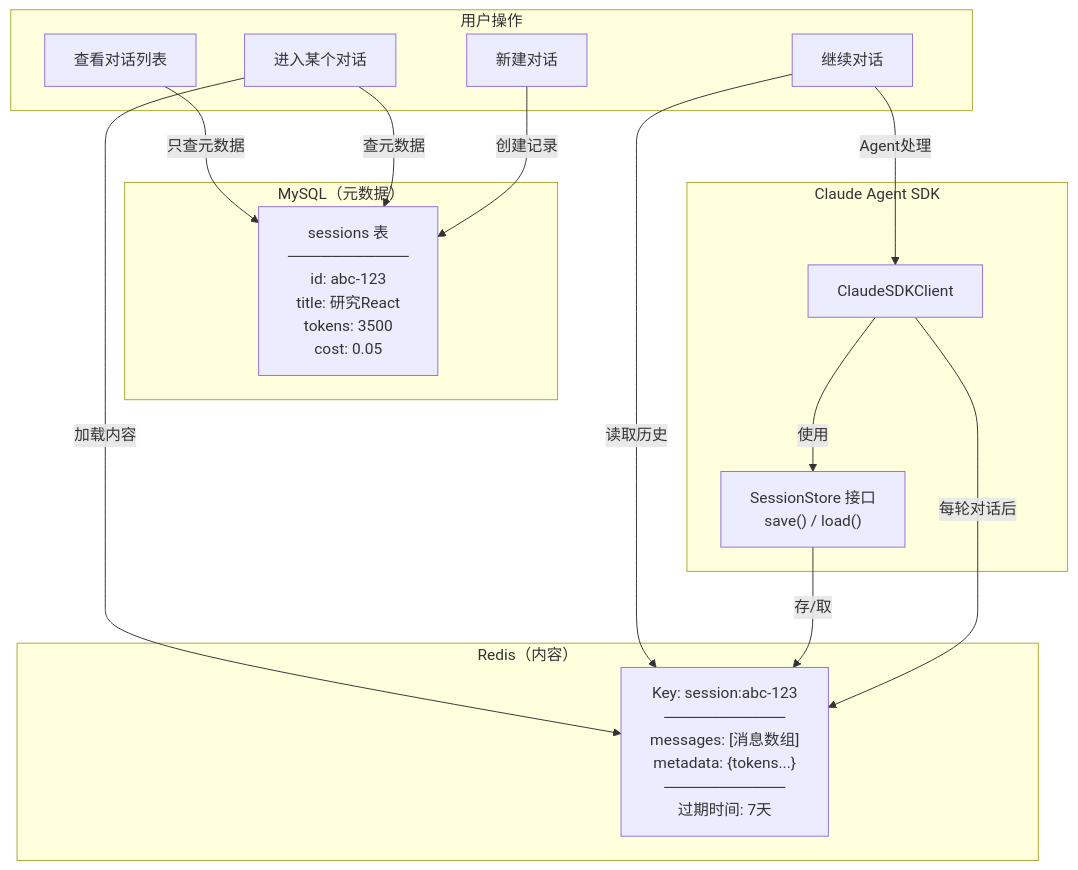
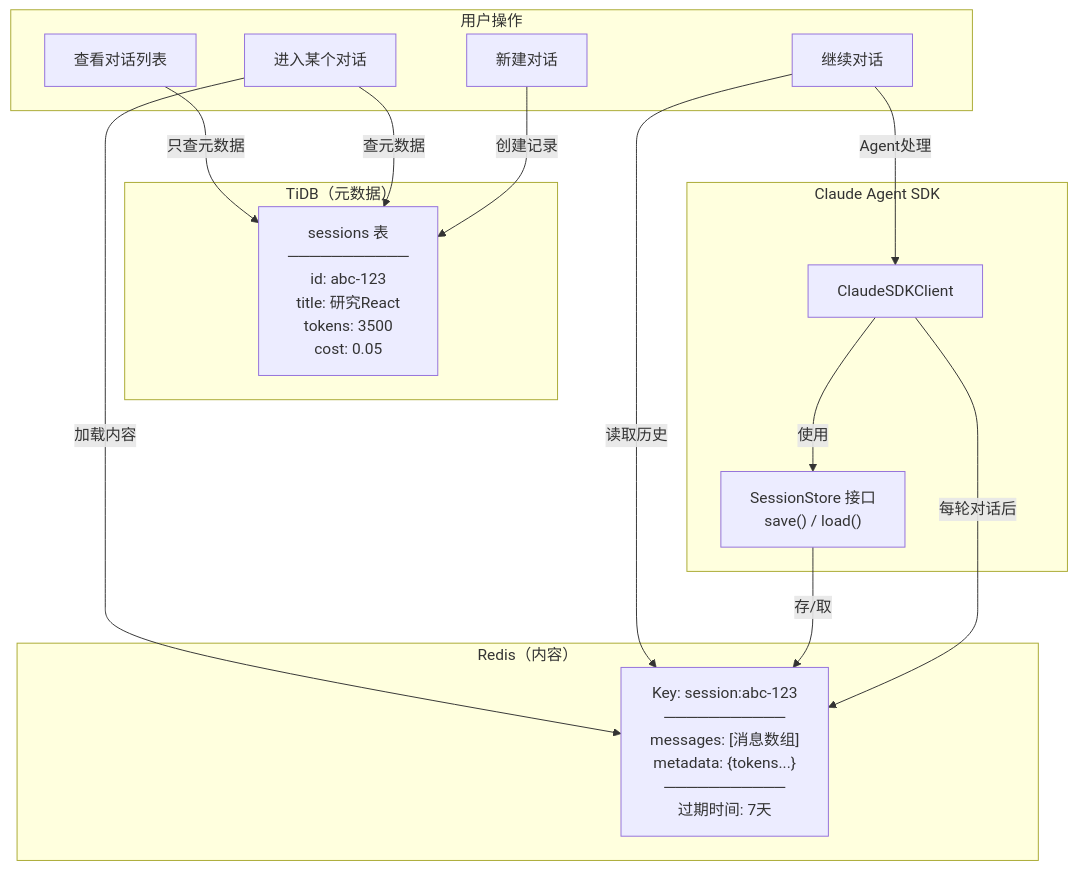
The tenth of 27 diagrams in agent/agent_project_design_1.md (xiaocaipi/mm-doc), drawn with Mermaid before and after one commit. The commit also changed other lines of this file, not shown here.

````diff
--- a/agent/agent_project_design_1.md
+++ b/agent/agent_project_design_1.md
@@ -557,33 +557,33 @@
 ```mermaid
 flowchart TB
     subgraph USER["用户操作"]
         A1["查看对话列表"]
         A2["进入某个对话"]
         A3["继续对话"]
         A4["新建对话"]
     end
     
-    subgraph MYSQL["MySQL（元数据）"]
+    subgraph TIDB["TiDB（元数据）"]
         M1["sessions 表<br/>───────────<br/>id: abc-123<br/>title: 研究React<br/>tokens: 3500<br/>cost: 0.05"]
     end
     
     subgraph REDIS["Redis（内容）"]
         R1["Key: session:abc-123<br/>───────────<br/>messages: [消息数组]<br/>metadata: {tokens...}<br/>───────────<br/>过期时间: 7天"]
     end
     
     subgraph SDK["Claude Agent SDK"]
         S1["ClaudeSDKClient"]
         S2["SessionStore 接口<br/>save() / load()"]
     end
     
     A1 -->|"只查元数据"| M1
     A2 -->|"查元数据"| M1
     A2 -->|"加载内容"| R1
     A3 -->|"读取历史"| R1
     A3 -->|"Agent处理"| S1
     A4 -->|"创建记录"| M1
     
     S1 -->|"使用"| S2
     S2 -->|"存/取"| R1
     S1 -->|"每轮对话后"| R1
 ```
````
